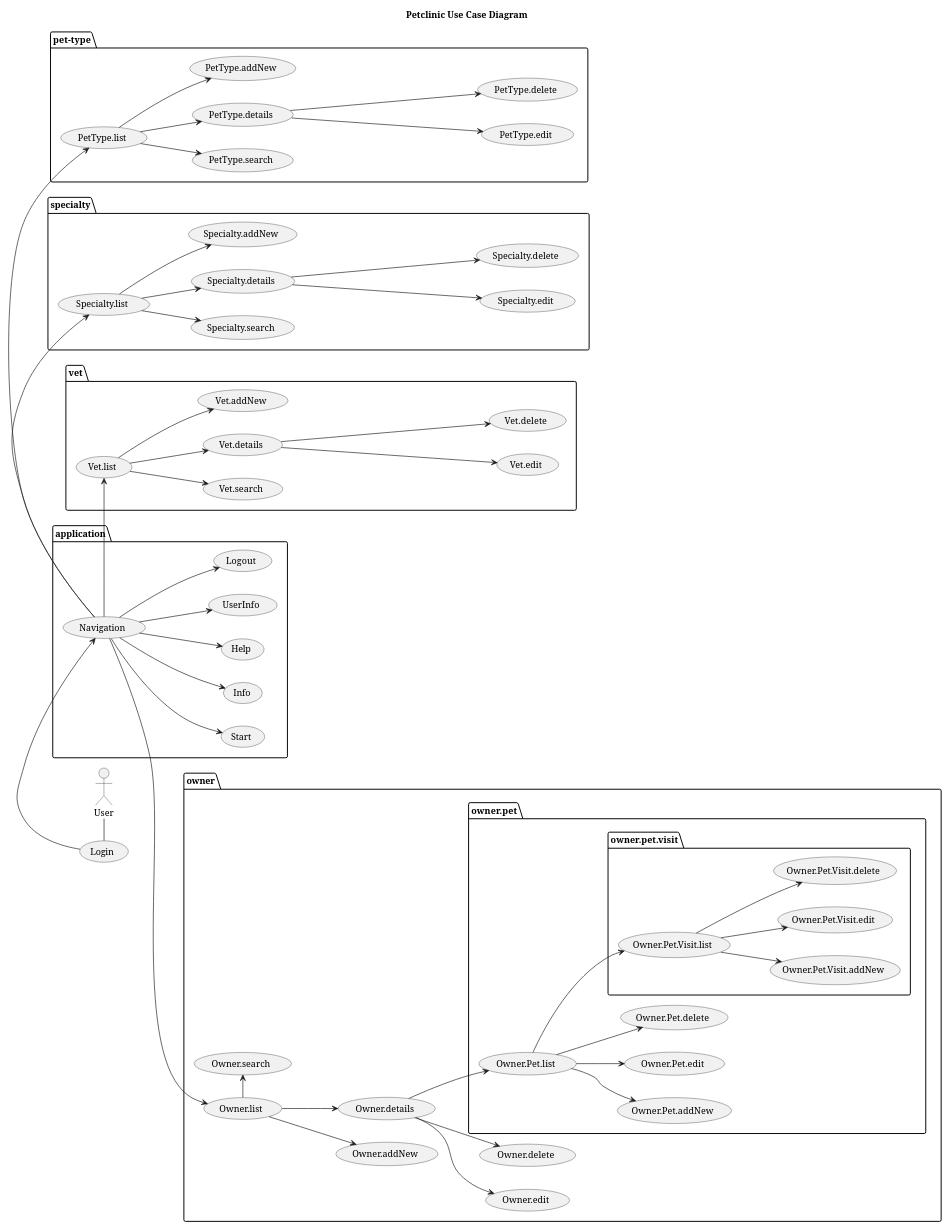
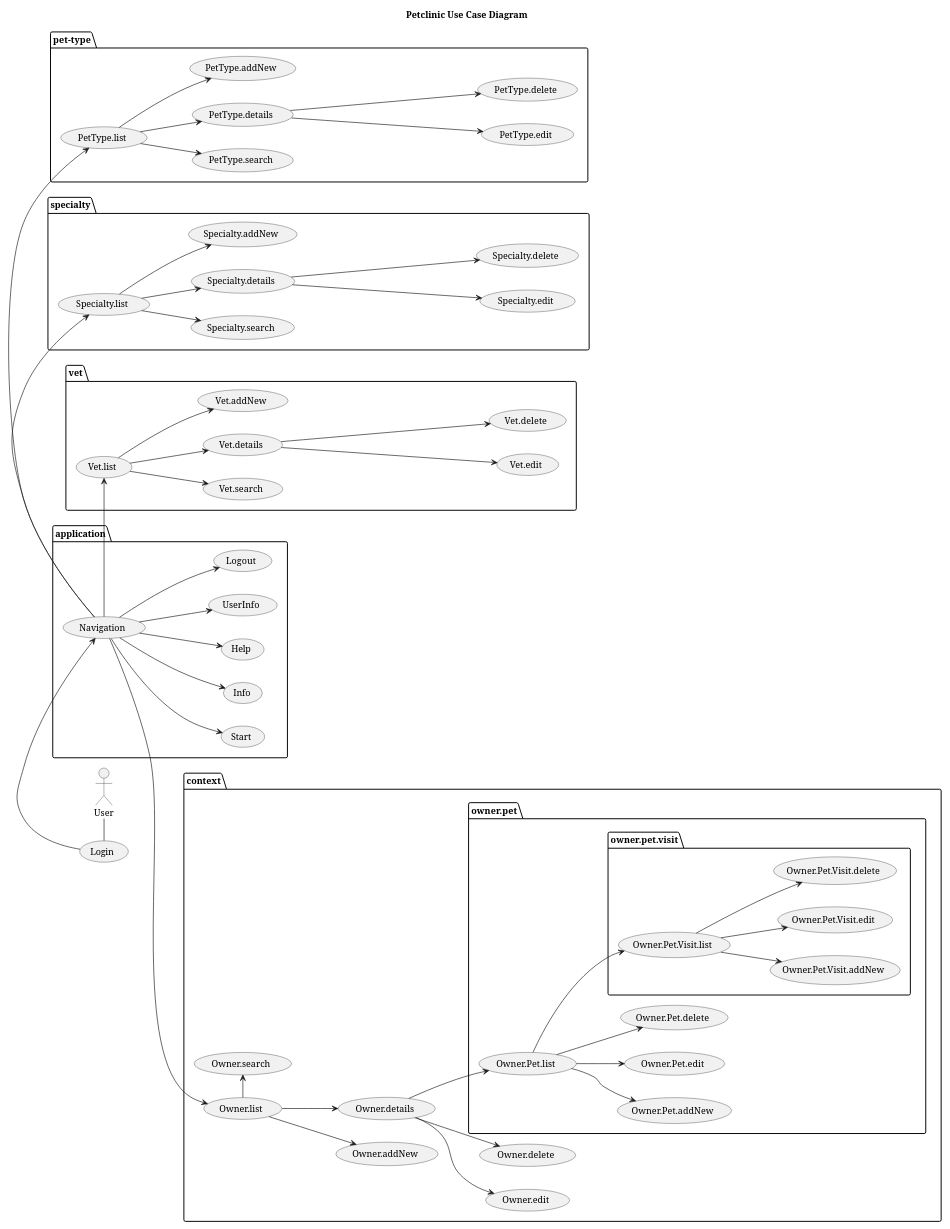
One commit to Spring-Framework-Java-Apps/simpleworklist changed the diagram in src/main/plantuml/Simpleworklist__Use_Cases.puml. Above: the diagram before and after it, drawn with PlantUML. The commit also changed 1 other file, not shown here.

```diff
--- a/src/main/plantuml/Simpleworklist__Use_Cases.puml
+++ b/src/main/plantuml/Simpleworklist__Use_Cases.puml
@@ -1,65 +1,65 @@
 @startuml
 
 title Petclinic Use Case Diagram
 
 left to right direction
 'top to bottom direction
 
 'https://plantuml.com/use-case-diagram
 
 scale 1200 width
 
 User - (Login)
 package application {
     (Login) -> (Navigation)
     (Navigation) --> (Start)
     (Navigation) --> (Info)
     (Navigation) --> (Help)
     (Navigation) --> (UserInfo)
     (Navigation) --> (Logout)
 }
-package owner {
+package context {
     (Navigation) --> (Owner.list)
     (Owner.list) -> (Owner.search)
     (Owner.list) --> (Owner.addNew)
     (Owner.list) --> (Owner.details)
     (Owner.details) --> (Owner.edit)
     (Owner.details) --> (Owner.delete)
     package owner.pet {
         (Owner.details) --> (Owner.Pet.list)
         (Owner.Pet.list) --> (Owner.Pet.addNew)
         (Owner.Pet.list) --> (Owner.Pet.edit)
         (Owner.Pet.list) --> (Owner.Pet.delete)
          package owner.pet.visit {
             (Owner.Pet.list) --> (Owner.Pet.Visit.list)
             (Owner.Pet.Visit.list) --> (Owner.Pet.Visit.addNew)
             (Owner.Pet.Visit.list) --> (Owner.Pet.Visit.edit)
             (Owner.Pet.Visit.list) --> (Owner.Pet.Visit.delete)
         }
     }
 }
 package vet {
     (Navigation) -> (Vet.list)
     (Vet.list) --> (Vet.search)
     (Vet.list) --> (Vet.details)
     (Vet.list) --> (Vet.addNew)
     (Vet.details) ---> (Vet.edit)
     (Vet.details) ---> (Vet.delete)
 }
 package specialty {
     (Navigation) -> (Specialty.list)
     (Specialty.list) --> (Specialty.search)
     (Specialty.list) --> (Specialty.details)
     (Specialty.list) --> (Specialty.addNew)
     (Specialty.details) ---> (Specialty.edit)
     (Specialty.details) ---> (Specialty.delete)
 }
 package pet-type {
     (Navigation) -> (PetType.list)
     (PetType.list) --> (PetType.search)
     (PetType.list) --> (PetType.details)
     (PetType.list) --> (PetType.addNew)
     (PetType.details) ---> (PetType.edit)
     (PetType.details) ---> (PetType.delete)
 }
 @enduml
```
